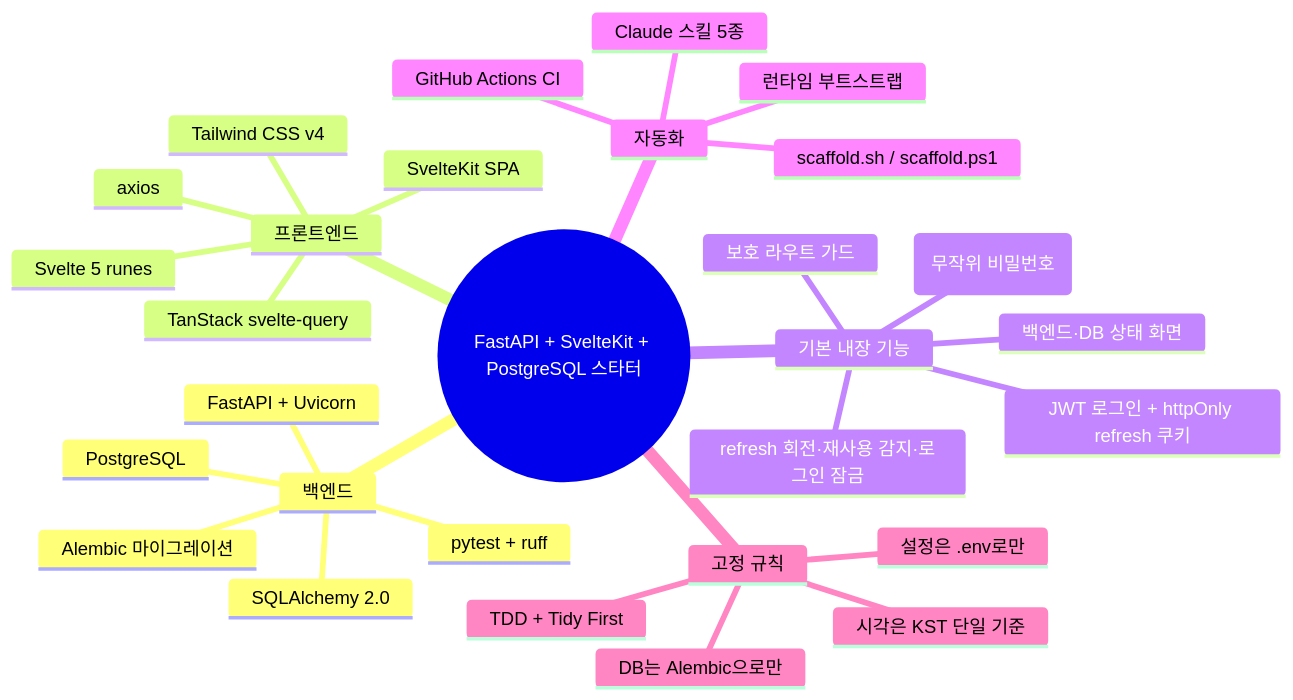
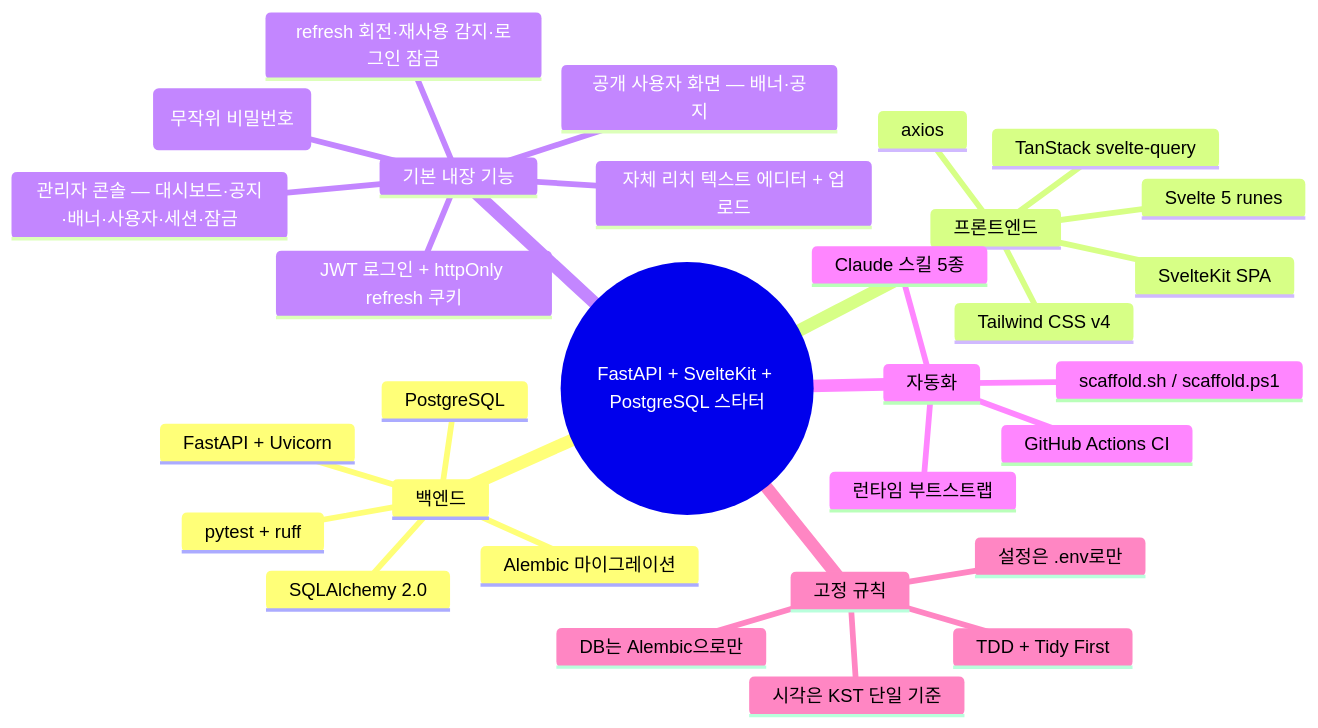
Before and after one commit to al8bright/fastapi-svelte-pg-starter: the first of 4 diagrams in README.md, drawn with Mermaid. The commit also changed other lines of this file and 113 other files, not shown here.

First line of the commit message:
[Behavioral] feat: 사용자 화면·관리자 콘솔 분리, 자체 리치 에디터

````diff
--- a/README.md
+++ b/README.md
@@ -29,32 +29,33 @@
 ```mermaid
 mindmap
   root((FastAPI + SvelteKit + PostgreSQL 스타터))
     백엔드
       FastAPI + Uvicorn
       SQLAlchemy 2.0
       Alembic 마이그레이션
       pytest + ruff
       PostgreSQL
     프론트엔드
       SvelteKit SPA
       Svelte 5 runes
       TanStack svelte-query
       axios
       Tailwind CSS v4
     기본 내장 기능
       JWT 로그인 + httpOnly refresh 쿠키
       refresh 회전·재사용 감지·로그인 잠금
       관리자 계정 자동 시드(무작위 비밀번호)
-      보호 라우트 가드
-      백엔드·DB 상태 화면
+      공개 사용자 화면 — 배너·공지
+      관리자 콘솔 — 대시보드·공지·배너·사용자·세션·잠금
+      자체 리치 텍스트 에디터 + 업로드
     자동화
       scaffold.sh / scaffold.ps1
       런타임 부트스트랩
       GitHub Actions CI
       Claude 스킬 5종
     고정 규칙
       DB는 Alembic으로만
       설정은 .env로만
       시각은 KST 단일 기준
       TDD + Tidy First
 ```
````
